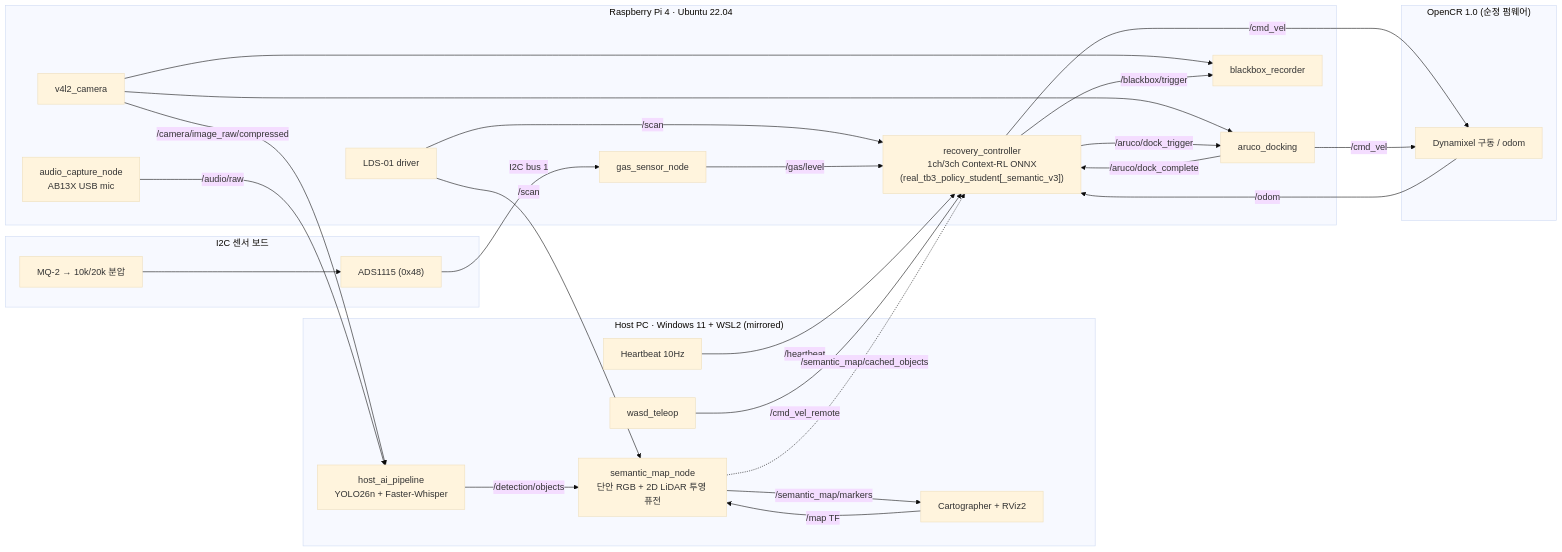
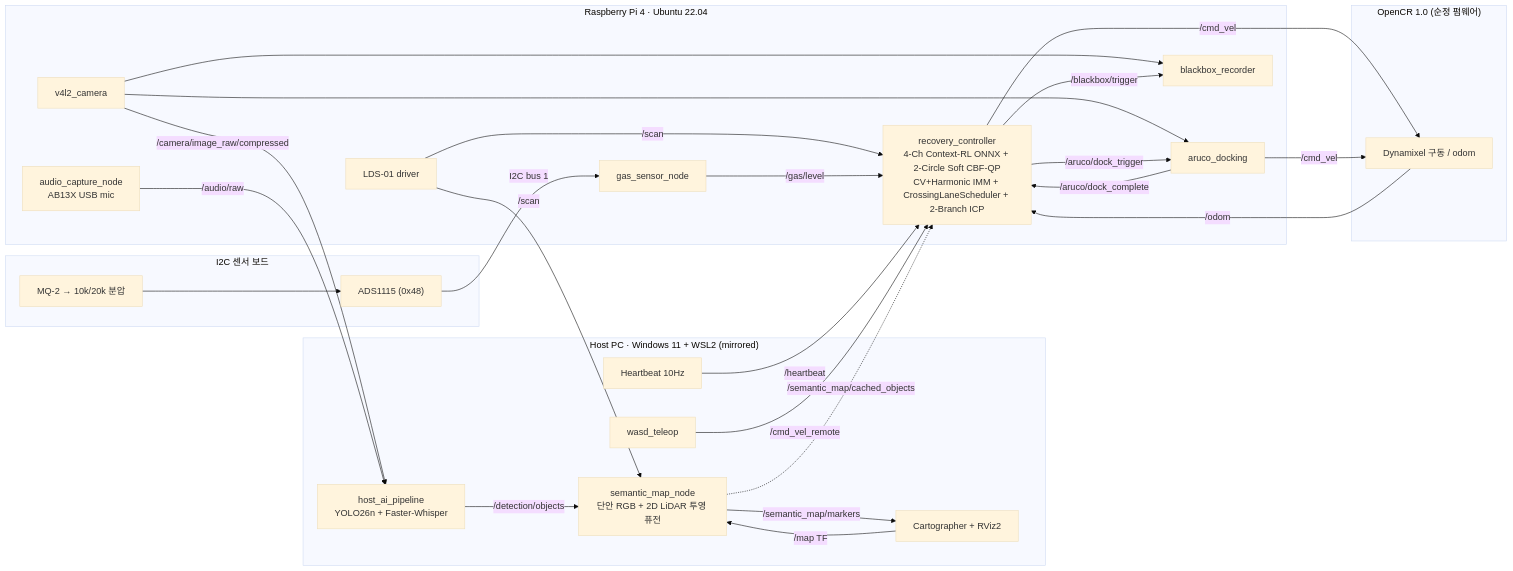
The first of 4 diagrams in README.md (rjw136-lab/disaster_recovery_ws), drawn with Mermaid (base theme) before and after one commit. The commit also changed other lines of this file and 477 other files, not shown here.

````diff
--- a/README.md
+++ b/README.md
@@ -143,51 +146,51 @@
 ```mermaid
 flowchart LR
     subgraph HOST["Host PC · Windows 11 + WSL2 (mirrored)"]
         HB["Heartbeat 10Hz"]
         TELEOP["wasd_teleop"]
         AI["host_ai_pipeline<br/>YOLO26n + Faster-Whisper"]
         SM["semantic_map_node<br/>단안 RGB + 2D LiDAR 투영 퓨전"]
         SLAM["Cartographer + RViz2"]
     end
 
     subgraph RPI["Raspberry Pi 4 · Ubuntu 22.04"]
-        RC["recovery_controller<br/>1ch/3ch Context-RL ONNX<br/>(real_tb3_policy_student[_semantic_v3])"]
+        RC["recovery_controller<br/>4-Ch Context-RL ONNX + 2-Circle Soft CBF-QP<br/>CV+Harmonic IMM + CrossingLaneScheduler + 2-Branch ICP"]
         AD["aruco_docking"]
         BB["blackbox_recorder"]
         GB["gas_sensor_node"]
         CAM["v4l2_camera"]
         MIC["audio_capture_node<br/>AB13X USB mic"]
         LDS["LDS-01 driver"]
     end
 
     subgraph SENS["I2C 센서 보드"]
         MQ2["MQ-2 → 10k/20k 분압"]
         ADS["ADS1115 (0x48)"]
     end
 
     subgraph OCR["OpenCR 1.0 (순정 펌웨어)"]
         MOT["Dynamixel 구동 / odom"]
     end
 
     HB -- "/heartbeat" --> RC
     TELEOP -- "/cmd_vel_remote" --> RC
     CAM -- "/camera/image_raw/compressed" --> AI
     MIC -- "/audio/raw" --> AI
     AI -- "/detection/objects" --> SM
     LDS -- "/scan" --> SM
     SLAM -- "/map TF" --> SM
     SM -- "/semantic_map/markers" --> SLAM
     SM -. "/semantic_map/cached_objects" .-> RC
     CAM --> AD
     CAM --> BB
     LDS -- "/scan" --> RC
     MOT -- "/odom" --> RC
     MQ2 --> ADS
     ADS -- "I2C bus 1" --> GB
     GB -- "/gas/level" --> RC
     RC -- "/cmd_vel" --> MOT
     AD -- "/cmd_vel" --> MOT
     RC -- "/aruco/dock_trigger" --> AD
     AD -- "/aruco/dock_complete" --> RC
     RC -- "/blackbox/trigger" --> BB
 ```
````
